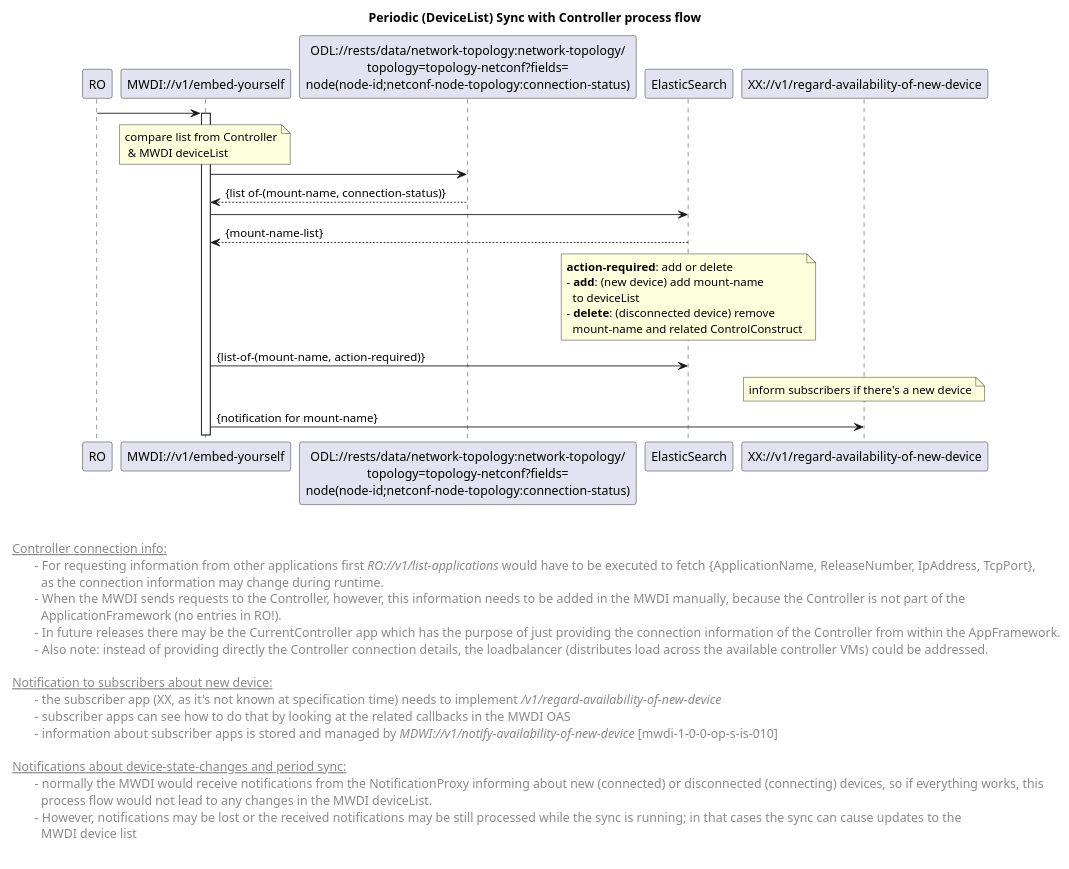
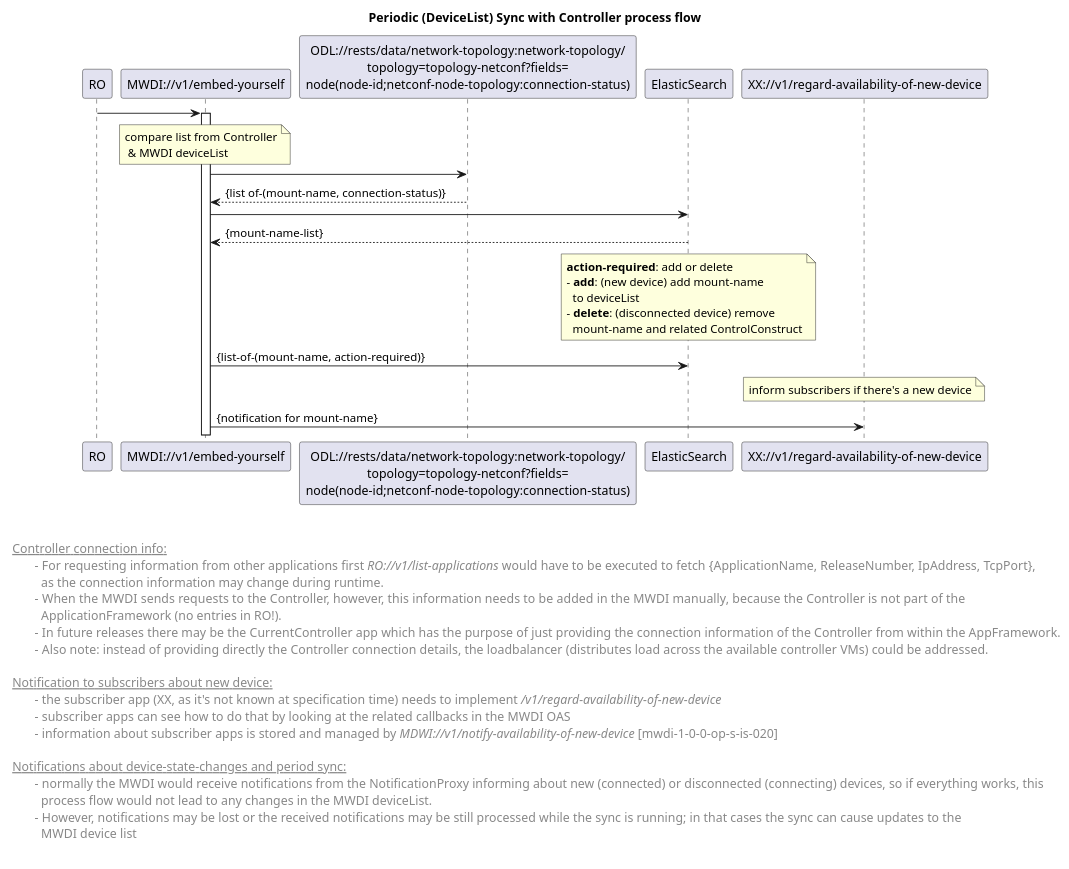
The diagram in spec/diagrams/ALT/01x_forwardingCyclicOperationDeviceListSync.plantuml (openBackhaul/MicroWaveDeviceInventory), drawn with PlantUML before and after one commit. The commit also changed 14 other files, not shown here.

```diff
--- a/spec/diagrams/ALT/01x_forwardingCyclicOperationDeviceListSync.plantuml
+++ b/spec/diagrams/ALT/01x_forwardingCyclicOperationDeviceListSync.plantuml
@@ -1,81 +1,81 @@
 @startuml
 skinparam responseMessageBelowArrow true
 skinparam guillemet [ ]
 skinparam participant {
   StereotypeFontSize 12  
 }
 hide stereotype
 
 title  Periodic (DeviceList) Sync with Controller process flow
 
 
 'participants
 participant "RO" as ro
 participant "MWDI://v1/embed-yourself" as mwdi <<mwdi-1-0-0-op-s-bm-001>>
 participant "ODL://rests/data/network-topology:network-topology/\ntopology=topology-netconf?fields=\nnode(node-id;netconf-node-topology:connection-status)" as odlConnectionStatus <<mwdi-1-0-0-op-c-is-c-4-0-2-010>>
 participant "ElasticSearch" as es <<mwdi-1-0-0-es-c-es-1-0-0-000>>
 participant "XX://v1/regard-availability-of-new-device" as notificationToXX <<mwdi-1-0-0-op-c-is-xx-1-0-0-000>>
 
 
 ro -> mwdi
 activate mwdi
 
 'get deviceList from Controller
 note over mwdi: compare list from Controller\n & MWDI deviceList
 mwdi -> odlConnectionStatus
 odlConnectionStatus --> mwdi: {list of-(mount-name, connection-status)}
 
 'get MWDI deviceList from ElasticSearch 
 mwdi -> es
 es --> mwdi: {mount-name-list}
 
 'diff both lists and process devices accordingly
 note over es
  <b>action-required</b>: add or delete
  - <b>add</b>: (new device) add mount-name 
    to deviceList
  - <b>delete</b>: (disconnected device) remove 
    mount-name and related ControlConstruct
 end note 
 
 
 mwdi -> es: {list-of-(mount-name, action-required)}
 
 'inform subscribers about new device
 note over notificationToXX: inform subscribers if there's a new device
 mwdi -> notificationToXX: {notification for mount-name}
 
 
 
 left footer 
 
 
 <u> Controller connection info:</u>
 \t- For requesting information from other applications first <i>RO://v1/list-applications</i> would have to be executed to fetch {ApplicationName, ReleaseNumber, IpAddress, TcpPort}, 
 \t  as the connection information may change during runtime.
 \t-  When the MWDI sends requests to the Controller, however, this information needs to be added in the MWDI manually, because the Controller is not part of the 
 \t  ApplicationFramework (no entries in RO!). 
 \t-  In future releases there may be the CurrentController app which has the purpose of just providing the connection information of the Controller from within the AppFramework.
 \t-  Also note: instead of providing directly the Controller connection details, the loadbalancer (distributes load across the available controller VMs) could be addressed.
 
 <u> Notification to subscribers about new device:</u>
 \t- the subscriber app (XX, as it's not known at specification time) needs to implement <i>/v1/regard-availability-of-new-device</i>
 \t- subscriber apps can see how to do that by looking at the related callbacks in the MWDI OAS 
-\t- information about subscriber apps is stored and managed by <i>MDWI://v1/notify-availability-of-new-device</i> [mwdi-1-0-0-op-s-is-010]
+\t- information about subscriber apps is stored and managed by <i>MDWI://v1/notify-availability-of-new-device</i> [mwdi-1-0-0-op-s-is-020]
 
 <u> Notifications about device-state-changes and period sync<u>:
 \t- normally the MWDI would receive notifications from the NotificationProxy informing about new (connected) or disconnected (connecting) devices, so if everything works, this
 \t  process flow would not lead to any changes in the MWDI deviceList.
 \t- However, notifications may be lost or the received notifications may be still processed while the sync is running; in that cases the sync can cause updates to the 
 \t  MWDI device list 
 
 end footer
 
 <style>
 footer {
   HorizontalAlignment left
   FontSize 14
 }
 </style>
 
 @enduml
```
